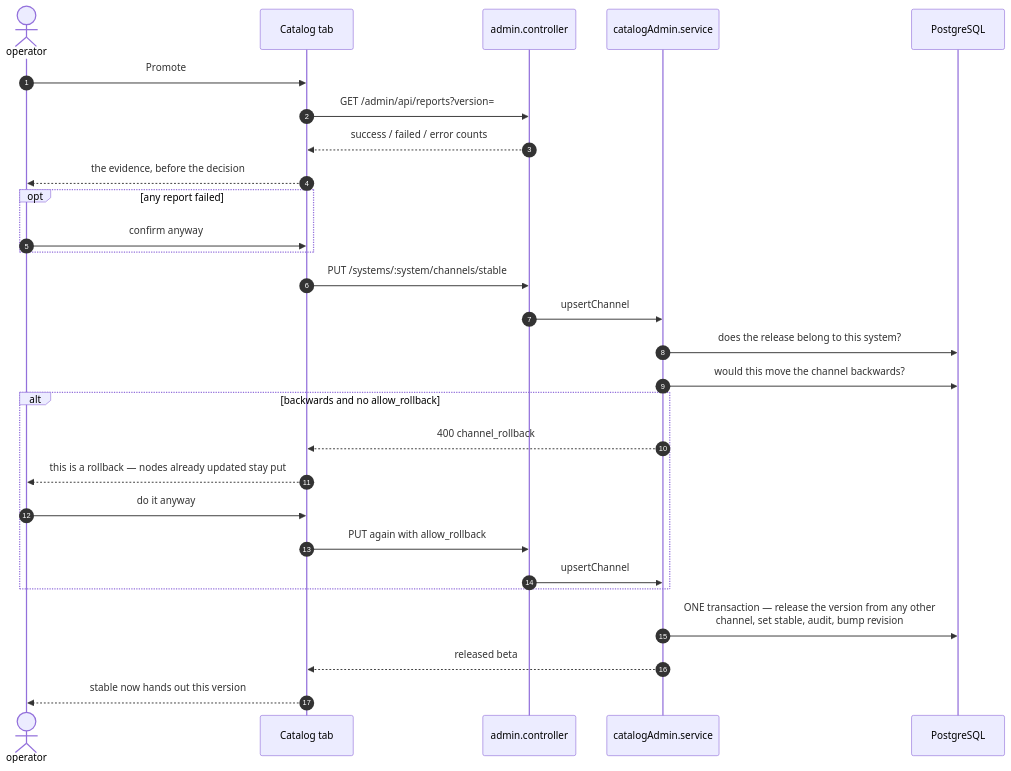
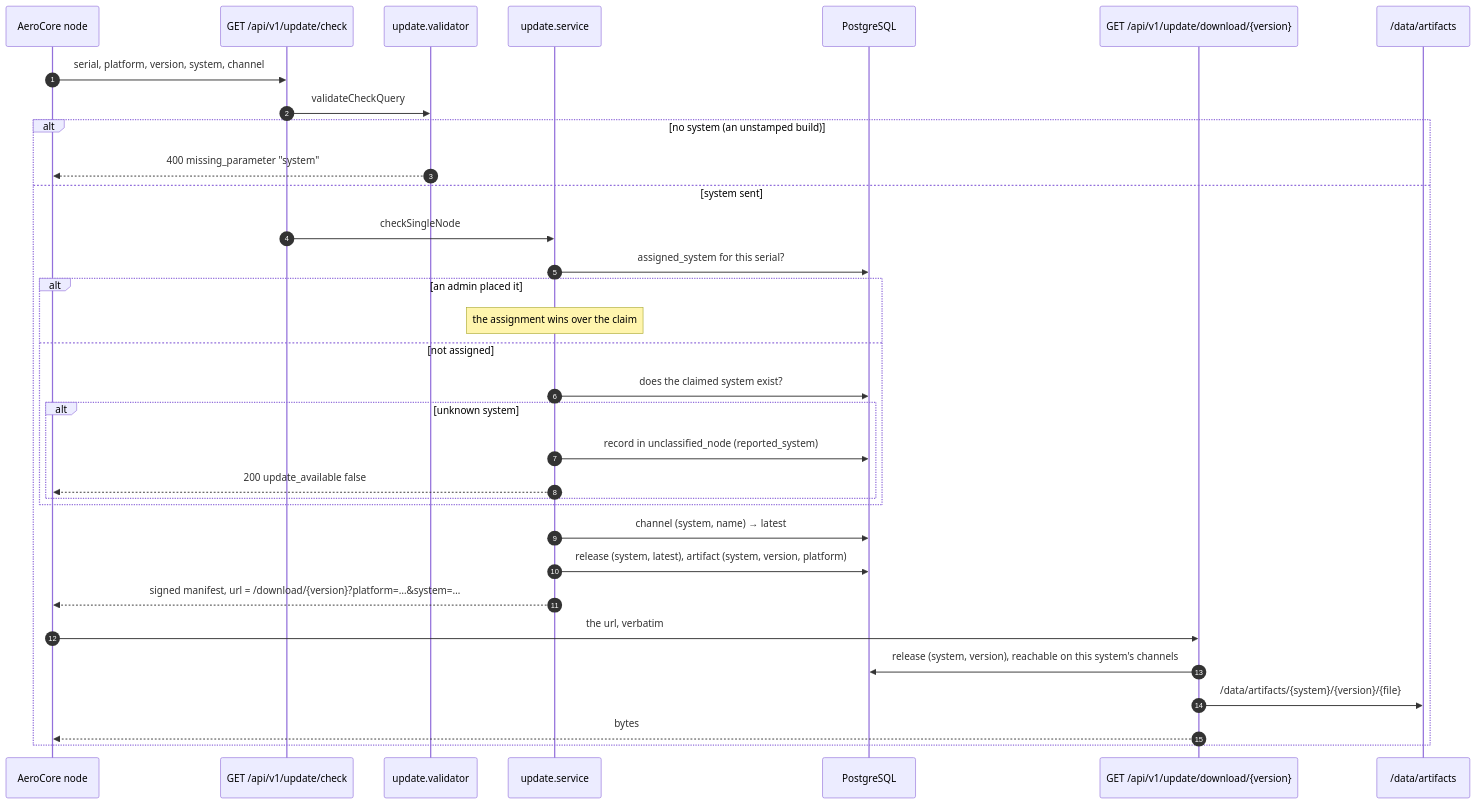
The eighth of 8 diagrams in docs/c4.md (Si-Ops-Real-Time-Robotics-Inc/AeroCoreUpdate), drawn with Mermaid before and after one commit. The commit also changed other lines of this file and 168 other files, not shown here.

First line of the commit message:
feat: Keycloak-only auth, the new web UI, and a version line per system

````diff
--- a/docs/c4.md
+++ b/docs/c4.md
@@ -442,35 +339,36 @@
 ```mermaid
 sequenceDiagram
-    autonumber
-    actor Op as operator
-    participant UI as Catalog tab
-    participant C as admin.controller
-    participant S as catalogAdmin.service
-    participant DB as PostgreSQL
+  autonumber
+  participant node as AeroCore node
+  participant chk as GET /api/v1/update/check
+  participant val as update.validator
+  participant upd as update.service
+  participant db as PostgreSQL
+  participant dl as GET /api/v1/update/download/{version}
+  participant fs as /data/artifacts
 
-    Op->>UI: Promote
-    UI->>C: GET /admin/api/reports?version=
-    C-->>UI: success / failed / error counts
-    UI-->>Op: the evidence, before the decision
-
-    opt any report failed
-        Op->>UI: confirm anyway
+  node->>chk: serial, platform, version, system, channel
+  chk->>val: validateCheckQuery
+  alt no system (an unstamped build)
+    val-->>node: 400 missing_parameter "system"
+  else system sent
+    chk->>upd: checkSingleNode
+    upd->>db: assigned_system for this serial?
+    alt an admin placed it
+      Note over upd: the assignment wins over the claim
+    else not assigned
+      upd->>db: does the claimed system exist?
+      alt unknown system
+        upd->>db: record in unclassified_node (reported_system)
+        upd-->>node: 200 update_available false
+      end
     end
-
-    UI->>C: PUT /systems/:system/channels/stable
-    C->>S: upsertChannel
-    S->>DB: does the release belong to this system?
-    S->>DB: would this move the channel backwards?
-
-    alt backwards and no allow_rollback
-        S-->>UI: 400 channel_rollback
-        UI-->>Op: this is a rollback — nodes already updated stay put
-        Op->>UI: do it anyway
-        UI->>C: PUT again with allow_rollback
-        C->>S: upsertChannel
-    end
-
-    S->>DB: ONE transaction — release the version from any other<br/>channel, set stable, audit, bump revision
-    S-->>UI: released beta
-    UI-->>Op: stable now hands out this version
+    upd->>db: channel (system, name) → latest
+    upd->>db: release (system, latest), artifact (system, version, platform)
+    upd-->>node: signed manifest, url = /download/{version}?platform=…&system=…
+    node->>dl: the url, verbatim
+    dl->>db: release (system, version), reachable on this system's channels
+    dl->>fs: /data/artifacts/{system}/{version}/{file}
+    dl-->>node: bytes
+  end
 ```
````
